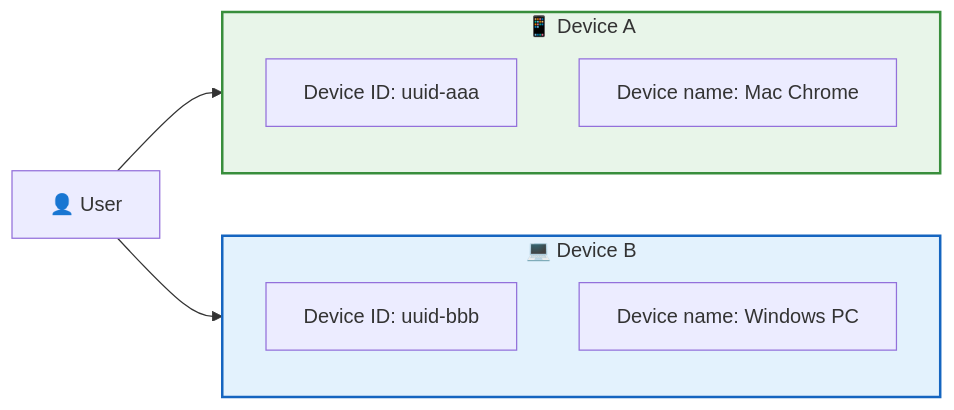
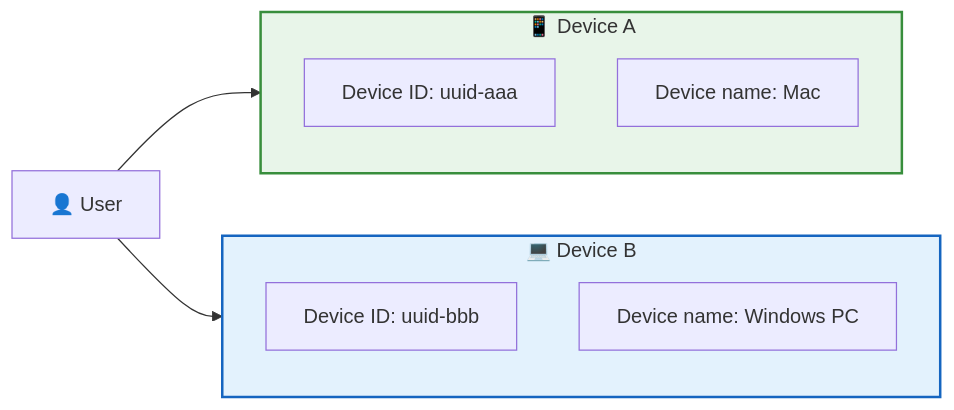
Before and after one commit to rtc-agent/docs: the fourth of 7 diagrams in src/content/docs/en/integration/auth.md, drawn with Mermaid. The commit also changed other lines of this file and 60 other files, not shown here.

First line of the commit message:
docs(site): refresh documentation with new sections and improved diagrams

````diff
--- a/src/content/docs/en/integration/auth.md
+++ b/src/content/docs/en/integration/auth.md
@@ -93,20 +93,20 @@
 ```mermaid
 flowchart LR
     subgraph DEVICE1["📱 Device A"]
         direction TB
         DA["Device ID: uuid-aaa"]
-        DB["Device name: Mac Chrome"]
+        DB["Device name: Mac"]
     end
 
     subgraph DEVICE2["💻 Device B"]
         direction TB
         DC["Device ID: uuid-bbb"]
         DD["Device name: Windows PC"]
     end
 
     USER["👤 User"] --> DEVICE1
     USER --> DEVICE2
 
     style DEVICE1 fill:#e8f5e9,stroke:#388e3c,stroke-width:2px
     style DEVICE2 fill:#e3f2fd,stroke:#1565c0,stroke-width:2px
 ```
````
